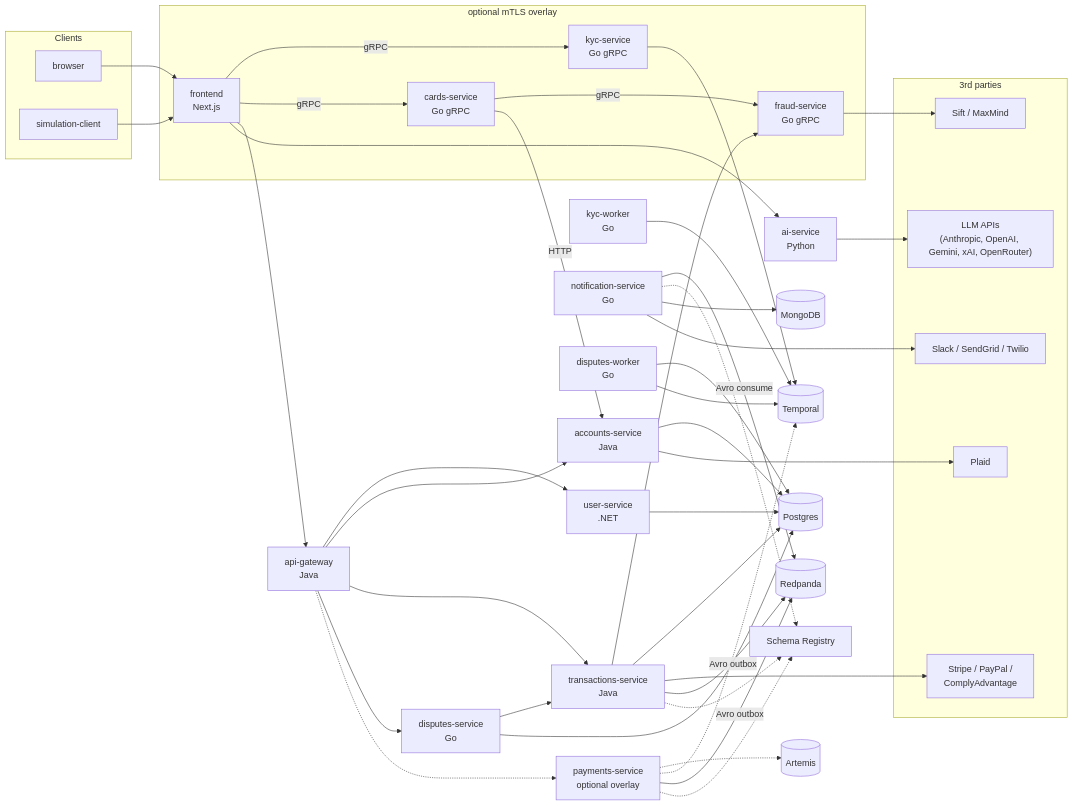
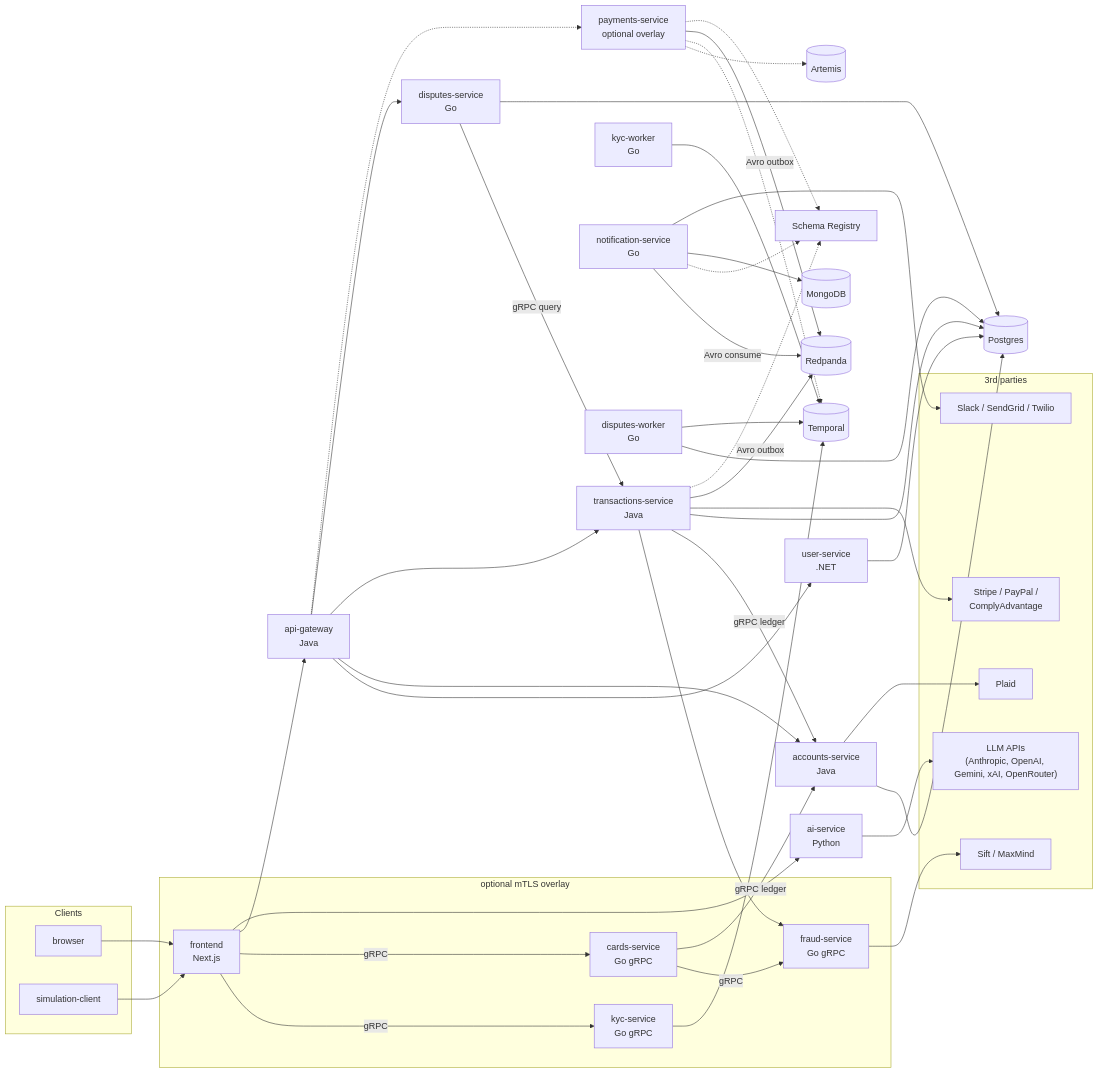
Before and after one commit to dipjyotimetia/distributed-systems: the first of 2 diagrams in README.md, drawn with Mermaid. The commit also changed other lines of this file and 17 other files, not shown here.

First line of the commit message:
Sync architecture docs and add Archify showcase diagrams.

```diff
--- a/README.md
+++ b/README.md
@@ -98,7 +98,7 @@
   kyc --> temporal
   kycworker --> temporal
   cards -->|gRPC| fraud
-  cards -->|HTTP| accounts
+  cards -->|gRPC ledger| accounts
 
   subgraph mtls["optional mTLS overlay"]
     frontend
@@ -113,7 +113,7 @@
   gateway --> transactions
   frontend --> ai
   gateway --> disputes
-  disputes --> transactions
+  disputes -->|gRPC query| transactions
   disputes --> postgres
   gateway -.-> outboundPayments[payments-service<br/>optional overlay]
   outboundPayments -.-> artemis[(Artemis)]
@@ -124,6 +124,7 @@
   worker --> temporal
 
   accounts --> postgres
+  transactions -->|gRPC ledger| accounts
   transactions --> postgres
   users --> postgres
   accounts --> plaid
```
